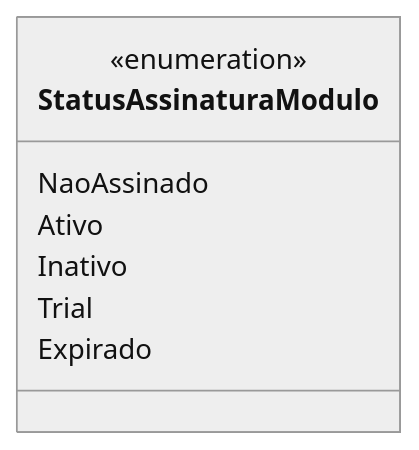
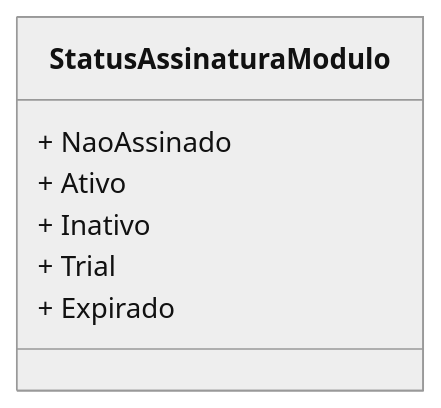
The diagram in docs/b2b-dominio/IsthmusWinthor.Nucleo/IsthmusWinthor.Dominio/Enumeradores/StatusAssinaturaModulo.md (IsthmusSistemas/documentacao-tecnica), drawn with Mermaid (neutral theme) before and after one commit. The commit also changed other lines of this file and 882 other files, not shown here.

````diff
--- a/docs/b2b-dominio/IsthmusWinthor.Nucleo/IsthmusWinthor.Dominio/Enumeradores/StatusAssinaturaModulo.md
+++ b/docs/b2b-dominio/IsthmusWinthor.Nucleo/IsthmusWinthor.Dominio/Enumeradores/StatusAssinaturaModulo.md
@@ -13,11 +12,10 @@
 ```mermaid
 classDiagram
     class StatusAssinaturaModulo {
-        <<enumeration>>
-        NaoAssinado
-        Ativo
-        Inativo
-        Trial
-        Expirado
+        + NaoAssinado
+        + Ativo
+        + Inativo
+        + Trial
+        + Expirado
     }
 ```
````
